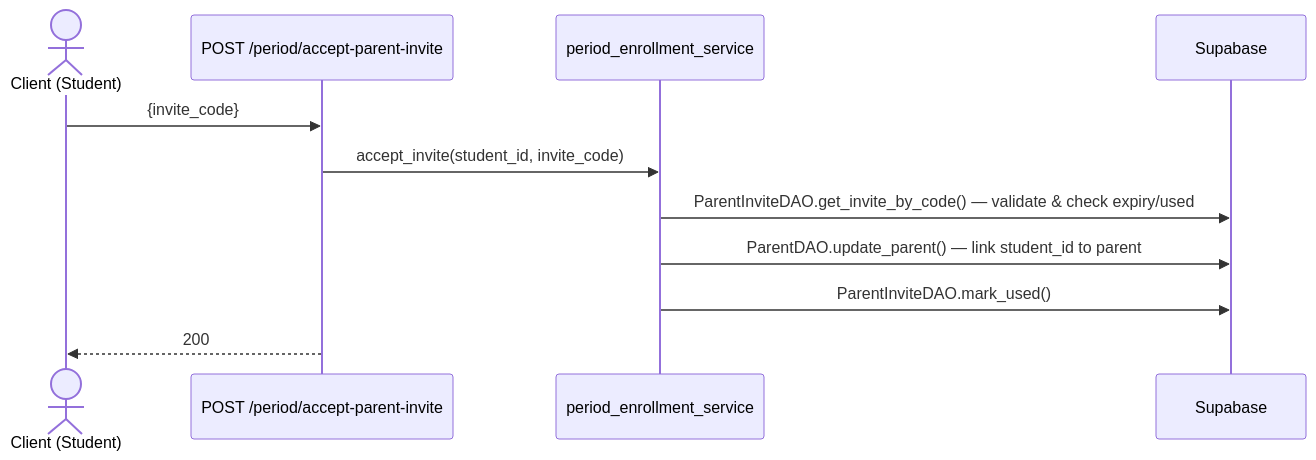
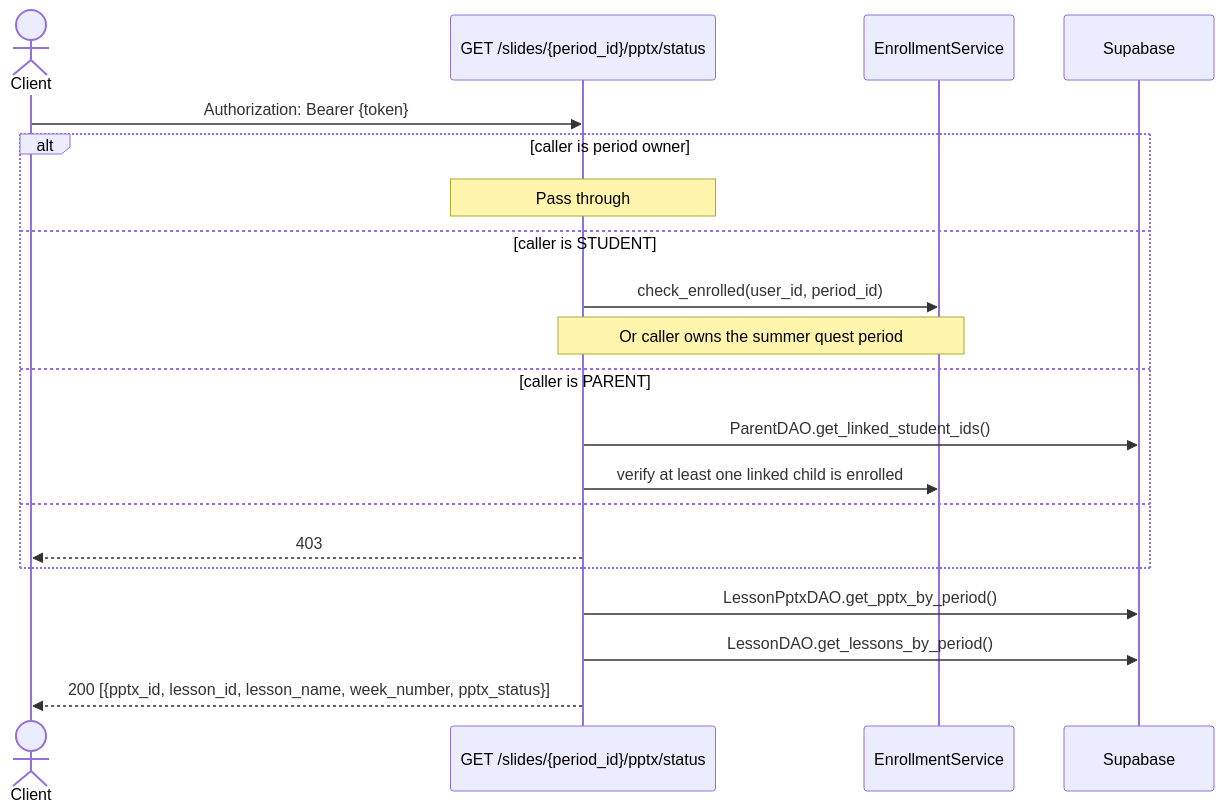
One commit to EduQuest-AI-Inc/eduquest-backend changed diagram 20 of 31 in ARCHITECTURE.md. Above: the diagram before and after it, drawn with Mermaid. The commit also changed other lines of this file and 8 other files, not shown here.

````diff
--- a/ARCHITECTURE.md
+++ b/ARCHITECTURE.md
@@ -541,14 +767,23 @@
 ```mermaid
 sequenceDiagram
-    actor C as Client (Student)
-    participant R as POST /period/accept-parent-invite
-    participant S as period_enrollment_service
+    actor C as Client
+    participant R as GET /slides/{period_id}/pptx/status
+    participant ES as EnrollmentService
     participant DB as Supabase
 
-    C->>R: {invite_code}
-    R->>S: accept_invite(student_id, invite_code)
-    S->>DB: ParentInviteDAO.get_invite_by_code()  — validate & check expiry/used
-    S->>DB: ParentDAO.update_parent()  — link student_id to parent
-    S->>DB: ParentInviteDAO.mark_used()
-    R-->>C: 200
+    C->>R: Authorization: Bearer {token}
+    alt caller is period owner
+        Note over R: Pass through
+    else caller is STUDENT
+        R->>ES: check_enrolled(user_id, period_id)
+        Note over R,ES: Or caller owns the summer quest period
+    else caller is PARENT
+        R->>DB: ParentDAO.get_linked_student_ids()
+        R->>ES: verify at least one linked child is enrolled
+    else
+        R-->>C: 403
+    end
+    R->>DB: LessonPptxDAO.get_pptx_by_period()
+    R->>DB: LessonDAO.get_lessons_by_period()
+    R-->>C: 200 [{pptx_id, lesson_id, lesson_name, week_number, pptx_status}]
 ```
````
